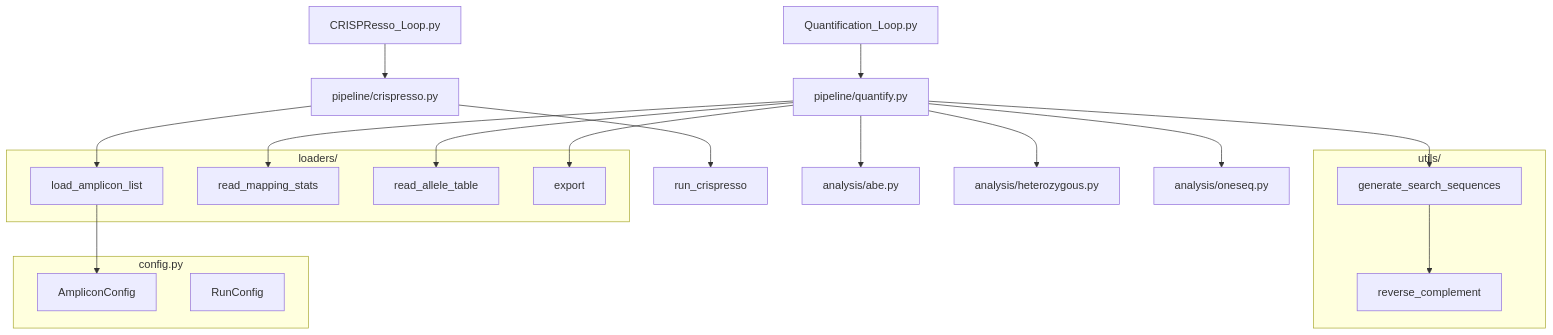
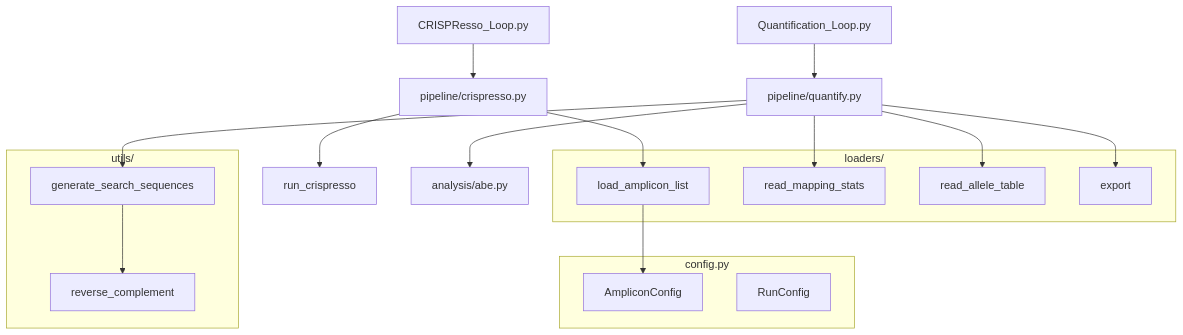
The diagram in AQ_pipeline_v2/ARCHITECTURE.md (Walsh-Quigley/AQ_CRISPResso_pipeline), drawn with Mermaid before and after one commit. The commit also changed other lines of this file and 7 other files, not shown here.

Commit message:
ONESEQ analysis branch completed, pre testing and documantation

````diff
--- a/AQ_pipeline_v2/ARCHITECTURE.md
+++ b/AQ_pipeline_v2/ARCHITECTURE.md
@@ -5,36 +5,34 @@
 ```mermaid
 graph TD
     CRISPResso_Loop.py --> pipeline/crispresso.py
     Quantification_Loop.py --> pipeline/quantify.py
 
     pipeline/crispresso.py --> load_amplicon_list
     pipeline/crispresso.py --> run_crispresso
 
     pipeline/quantify.py --> read_mapping_stats
     pipeline/quantify.py --> read_allele_table
     pipeline/quantify.py --> generate_search_sequences
     pipeline/quantify.py --> analysis/abe.py
-    pipeline/quantify.py --> analysis/heterozygous.py
-    pipeline/quantify.py --> analysis/oneseq.py
     pipeline/quantify.py --> export
 
     load_amplicon_list --> AmpliconConfig
     generate_search_sequences --> reverse_complement
 
     subgraph loaders/
         load_amplicon_list
         read_mapping_stats
         read_allele_table
         export
     end
 
     subgraph utils/
         reverse_complement
         generate_search_sequences
     end
 
     subgraph config.py
         AmpliconConfig
         RunConfig
     end
 ```
````
